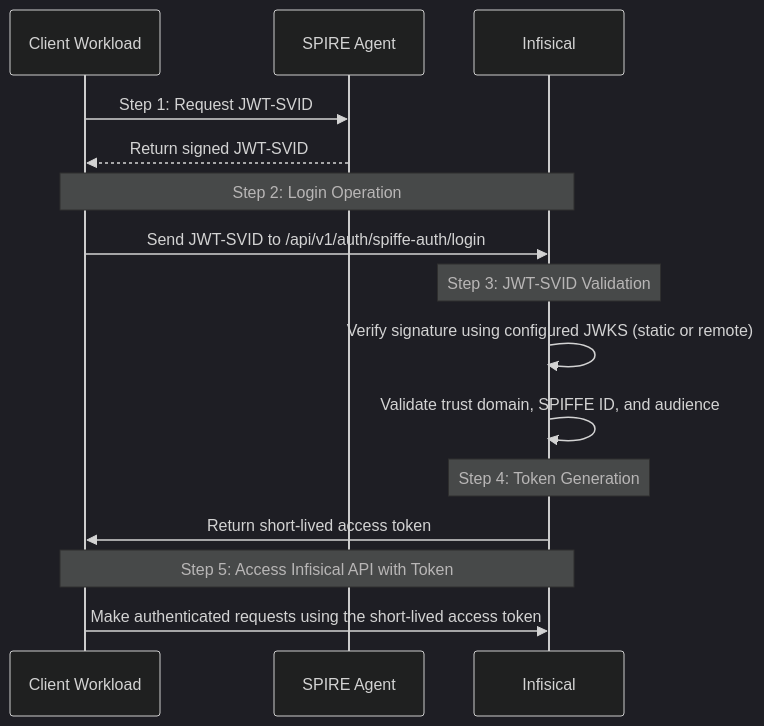
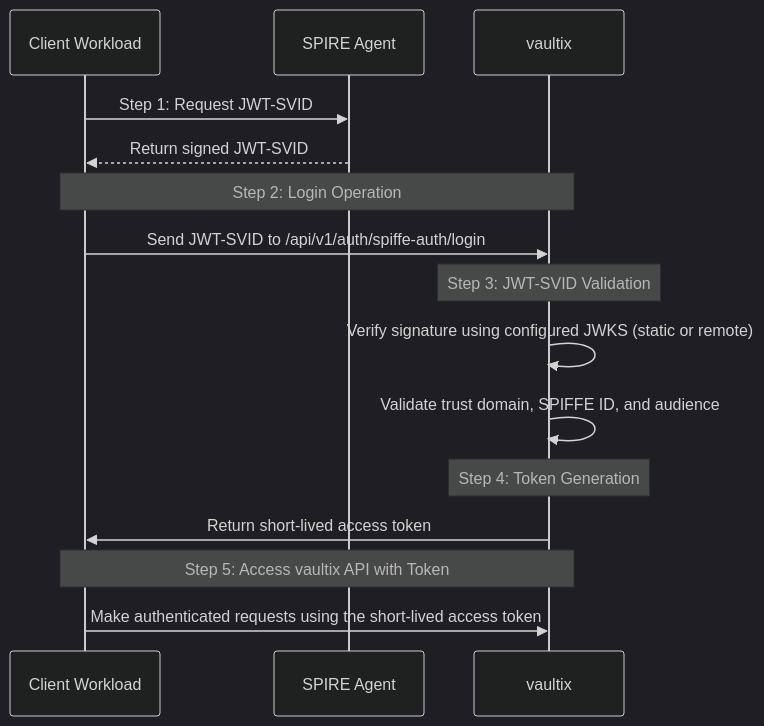
The diagram in core/docs/documentation/platform/identities/spiffe-auth.mdx (shippinAI/vaultix), drawn with Mermaid (dark theme) before and after one commit. The commit also changed other lines of this file and 1202 other files, not shown here.

````diff
--- a/core/docs/documentation/platform/identities/spiffe-auth.mdx
+++ b/core/docs/documentation/platform/identities/spiffe-auth.mdx
@@ -12,22 +12,22 @@
 ```mermaid
 sequenceDiagram
   participant Client as Client Workload
   participant SPIRE as SPIRE Agent
-  participant Infisical as Infisical
+  participant vaultix as vaultix
 
   Client->>SPIRE: Step 1: Request JWT-SVID
   SPIRE-->>Client: Return signed JWT-SVID
 
-  Note over Client,Infisical: Step 2: Login Operation
-  Client->>Infisical: Send JWT-SVID to /api/v1/auth/spiffe-auth/login
+  Note over Client,vaultix: Step 2: Login Operation
+  Client->>vaultix: Send JWT-SVID to /api/v1/auth/spiffe-auth/login
 
-  Note over Infisical: Step 3: JWT-SVID Validation
-  Infisical->>Infisical: Verify signature using configured JWKS (static or remote)
-  Infisical->>Infisical: Validate trust domain, SPIFFE ID, and audience
+  Note over vaultix: Step 3: JWT-SVID Validation
+  vaultix->>vaultix: Verify signature using configured JWKS (static or remote)
+  vaultix->>vaultix: Validate trust domain, SPIFFE ID, and audience
 
-  Note over Infisical: Step 4: Token Generation
-  Infisical->>Client: Return short-lived access token
+  Note over vaultix: Step 4: Token Generation
+  vaultix->>Client: Return short-lived access token
 
-  Note over Client,Infisical: Step 5: Access Infisical API with Token
-  Client->>Infisical: Make authenticated requests using the short-lived access token
+  Note over Client,vaultix: Step 5: Access vaultix API with Token
+  Client->>vaultix: Make authenticated requests using the short-lived access token
 ```
````
